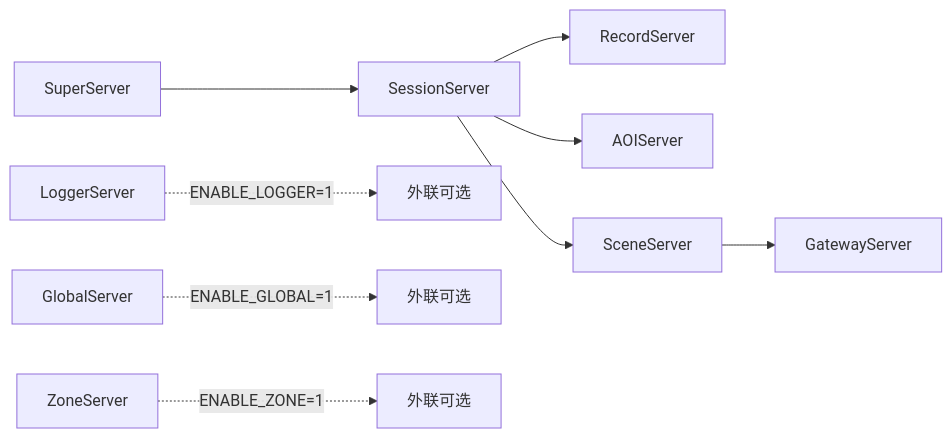
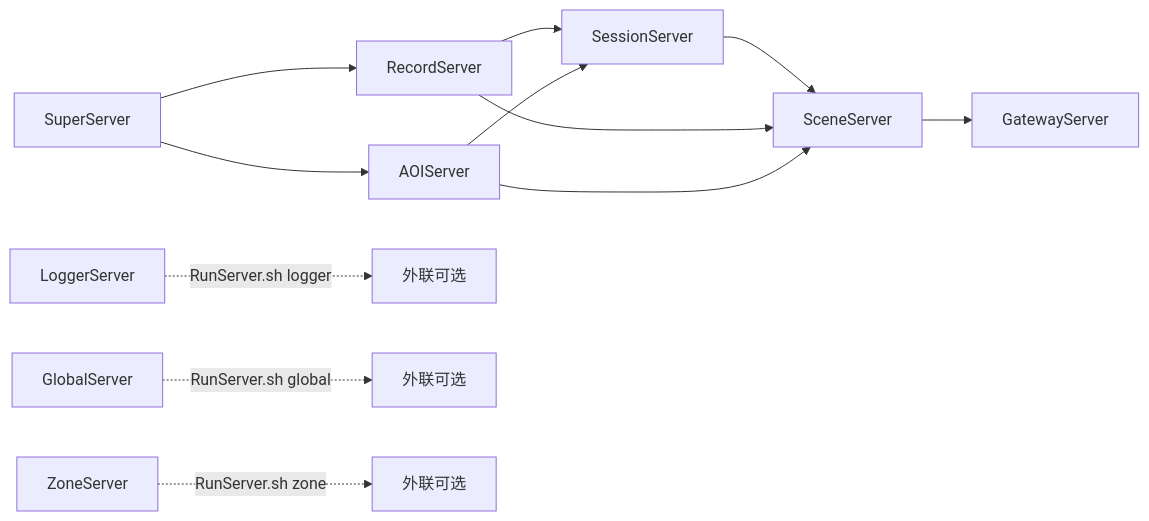
One commit to hechuangguo/RPG_Server changed the second of 5 diagrams in docs/ARCHITECTURE.md. Above: the diagram before and after it, drawn with Mermaid. The commit also changed other lines of this file and 24 other files, not shown here.

````diff
--- a/docs/ARCHITECTURE.md
+++ b/docs/ARCHITECTURE.md
@@ -67,11 +86,14 @@
 ```mermaid
 flowchart LR
-    S1[SuperServer] --> S2[SessionServer]
-    S2 --> S3[RecordServer]
-    S2 --> S4[AOIServer]
-    S2 --> S5[SceneServer]
+    S1[SuperServer] --> S2[RecordServer]
+    S1 --> S3[AOIServer]
+    S2 --> S4[SessionServer]
+    S3 --> S4
+    S4 --> S5[SceneServer]
+    S2 --> S5
+    S3 --> S5
     S5 --> S6[GatewayServer]
-    S7[LoggerServer] -.->|ENABLE_LOGGER=1| opt1[外联可选]
-    S8[GlobalServer] -.->|ENABLE_GLOBAL=1| opt2[外联可选]
-    S9[ZoneServer] -.->|ENABLE_ZONE=1| opt3[外联可选]
+    S7[LoggerServer] -.->|RunServer.sh logger| opt1[外联可选]
+    S8[GlobalServer] -.->|RunServer.sh global| opt2[外联可选]
+    S9[ZoneServer] -.->|RunServer.sh zone| opt3[外联可选]
 ```
````
